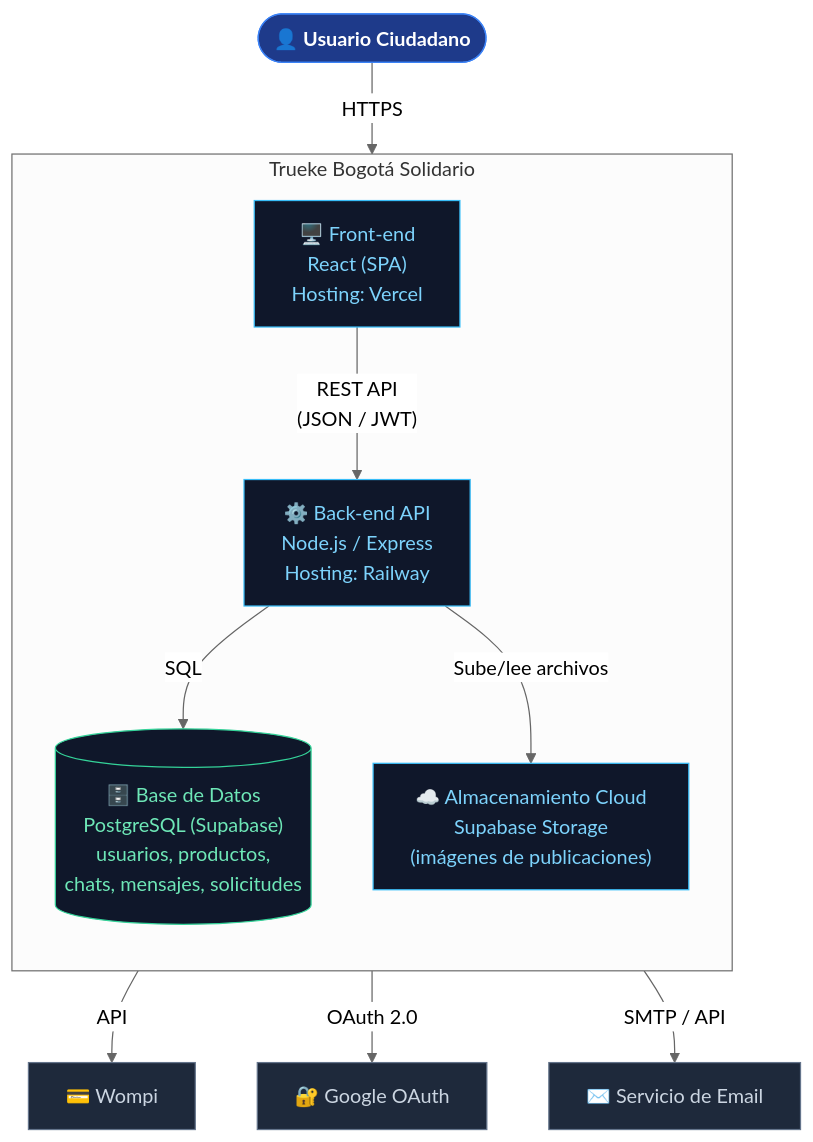
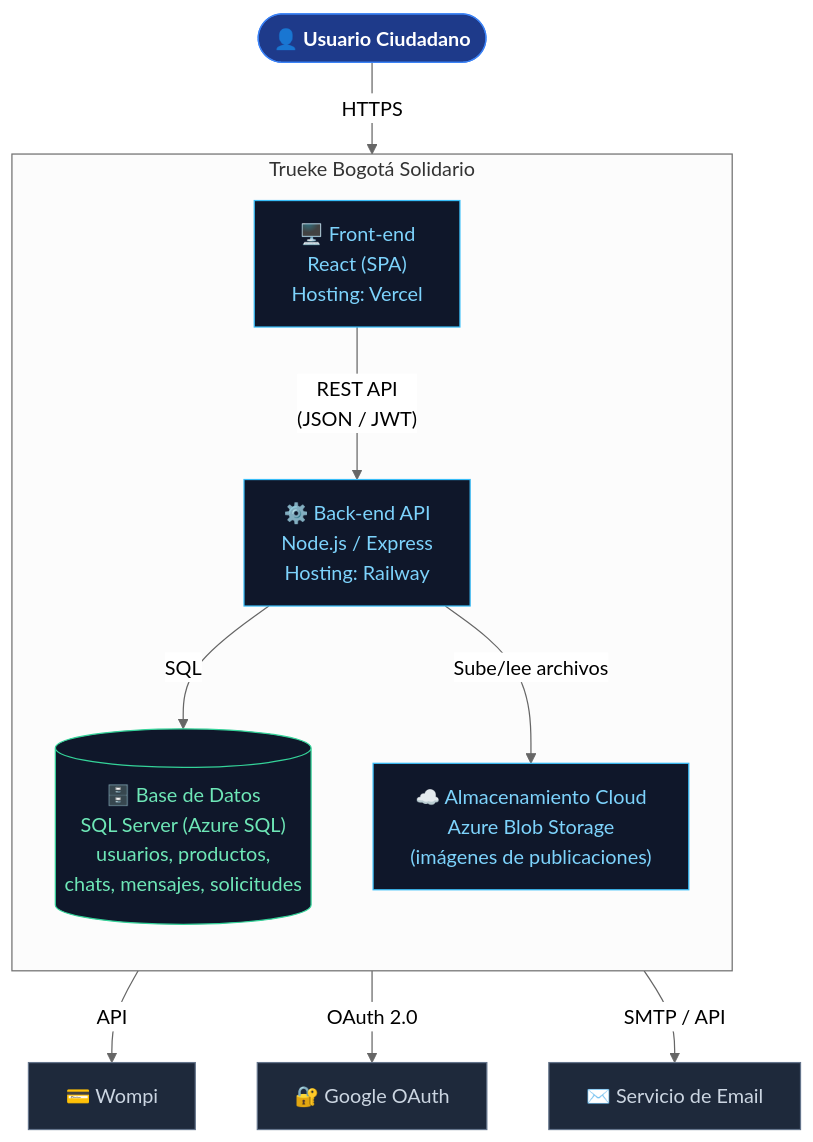
Before and after one commit to IngMartinG/TRUEKE-BOGOTA-SOLIDARIO-: the second of 4 diagrams in docs/c4/C4_MODELO_TRUEKE.md, drawn with Mermaid (neutral theme). The commit also changed other lines of this file and 10 other files, not shown here.

````diff
--- a/docs/c4/C4_MODELO_TRUEKE.md
+++ b/docs/c4/C4_MODELO_TRUEKE.md
@@ -40,29 +40,29 @@
 ```mermaid
 flowchart TB
     U1(["👤 Usuario Ciudadano"]):::persona
 
     subgraph SYS["Trueke Bogotá Solidario"]
         direction TB
         FE["🖥️ Front-end<br/>React (SPA)<br/>Hosting: Vercel"]:::container
         BE["⚙️ Back-end API<br/>Node.js / Express<br/>Hosting: Railway"]:::container
-        DB[("🗄️ Base de Datos<br/>PostgreSQL (Supabase)<br/>usuarios, productos,<br/>chats, mensajes, solicitudes")]:::database
-        STORAGE["☁️ Almacenamiento Cloud<br/>Supabase Storage<br/>(imágenes de publicaciones)"]:::container
+        DB[("🗄️ Base de Datos<br/>SQL Server (Azure SQL)<br/>usuarios, productos,<br/>chats, mensajes, solicitudes")]:::database
+        STORAGE["☁️ Almacenamiento Cloud<br/>Azure Blob Storage<br/>(imágenes de publicaciones)"]:::container
     end
 
     EXT1["💳 Wompi"]:::external
     EXT2["🔐 Google OAuth"]:::external
     EXT3["✉️ Servicio de Email"]:::external
 
     U1 -->|"HTTPS"| FE
     FE -->|"REST API<br/>(JSON / JWT)"| BE
     BE -->|"SQL"| DB
     BE -->|"Sube/lee archivos"| STORAGE
     BE -->|"API"| EXT1
     BE -->|"OAuth 2.0"| EXT2
     BE -->|"SMTP / API"| EXT3
 
     classDef persona fill:#1e3a8a,color:#ffffff,stroke:#3b82f6,stroke-width:1px,font-weight:bold;
     classDef container fill:#0f172a,color:#7dd3fc,stroke:#38bdf8,stroke-width:1px;
     classDef database fill:#0f172a,color:#6ee7b7,stroke:#34d399,stroke-width:1px;
     classDef external fill:#1e293b,color:#cbd5e1,stroke:#64748b,stroke-width:1px;
 ```
````
